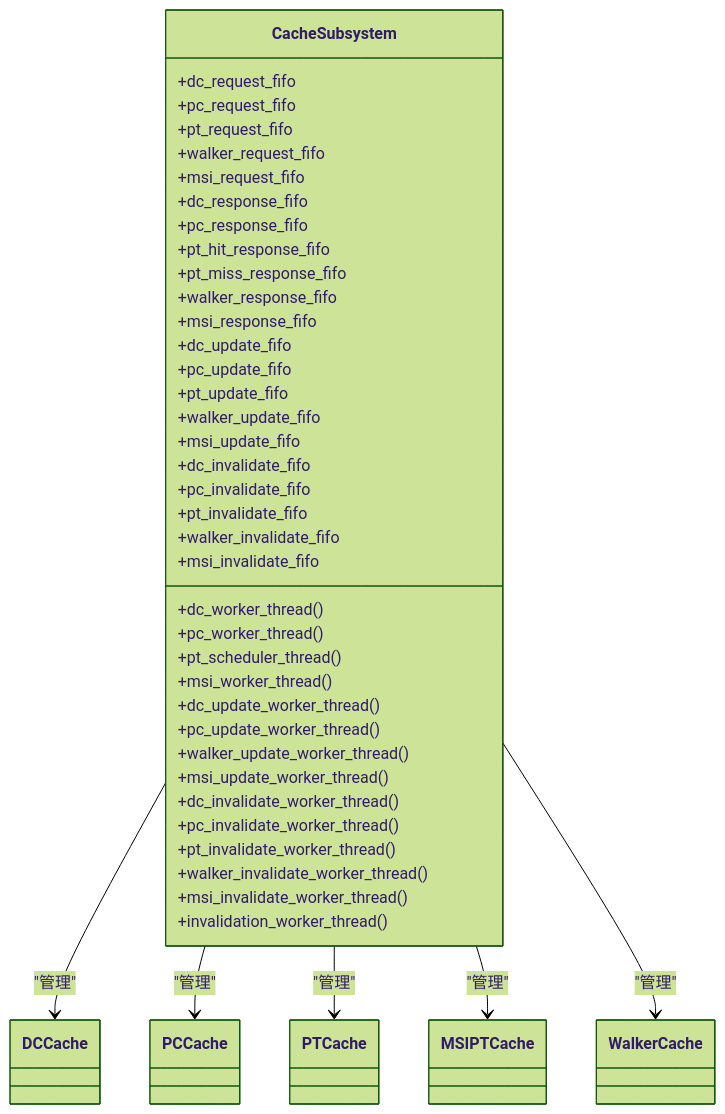
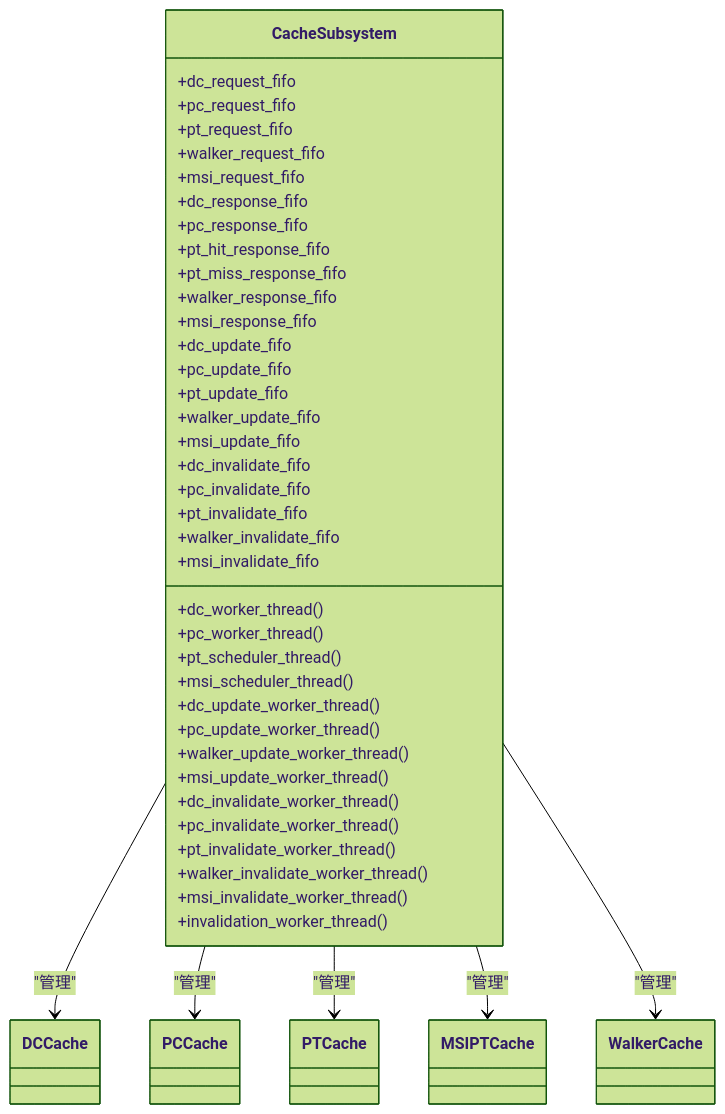
The fourth of 8 diagrams in .qoder/repowiki/zh/content/核心架构/流水线架构.md (jiangjiang1122/iommu_model_20260401_v1), drawn with Mermaid (forest theme) before and after one commit. The commit also changed other lines of this file and 159 other files, not shown here.

Commit message:
chore: 更新知识库文档 + 新增PTW并发分析图表与数据文件

````diff
--- a/.qoder/repowiki/zh/content/核心架构/流水线架构.md
+++ b/.qoder/repowiki/zh/content/核心架构/流水线架构.md
@@ -223,50 +265,50 @@
 ```mermaid
 classDiagram
 class CacheSubsystem {
 +dc_request_fifo
 +pc_request_fifo
 +pt_request_fifo
 +walker_request_fifo
 +msi_request_fifo
 +dc_response_fifo
 +pc_response_fifo
 +pt_hit_response_fifo
 +pt_miss_response_fifo
 +walker_response_fifo
 +msi_response_fifo
 +dc_update_fifo
 +pc_update_fifo
 +pt_update_fifo
 +walker_update_fifo
 +msi_update_fifo
 +dc_invalidate_fifo
 +pc_invalidate_fifo
 +pt_invalidate_fifo
 +walker_invalidate_fifo
 +msi_invalidate_fifo
 +dc_worker_thread()
 +pc_worker_thread()
 +pt_scheduler_thread()
-+msi_worker_thread()
++msi_scheduler_thread()
 +dc_update_worker_thread()
 +pc_update_worker_thread()
 +walker_update_worker_thread()
 +msi_update_worker_thread()
 +dc_invalidate_worker_thread()
 +pc_invalidate_worker_thread()
 +pt_invalidate_worker_thread()
 +walker_invalidate_worker_thread()
 +msi_invalidate_worker_thread()
 +invalidation_worker_thread()
 }
 class DCCache
 class PCCache
 class PTCache
 class MSIPTCache
 class WalkerCache
 CacheSubsystem --> DCCache : "管理"
 CacheSubsystem --> PCCache : "管理"
 CacheSubsystem --> PTCache : "管理"
 CacheSubsystem --> MSIPTCache : "管理"
 CacheSubsystem --> WalkerCache : "管理"
 ```
````
